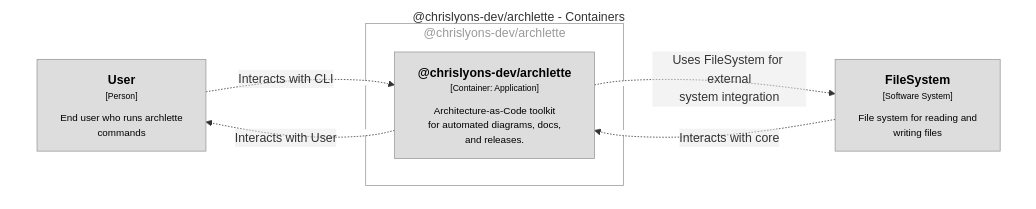
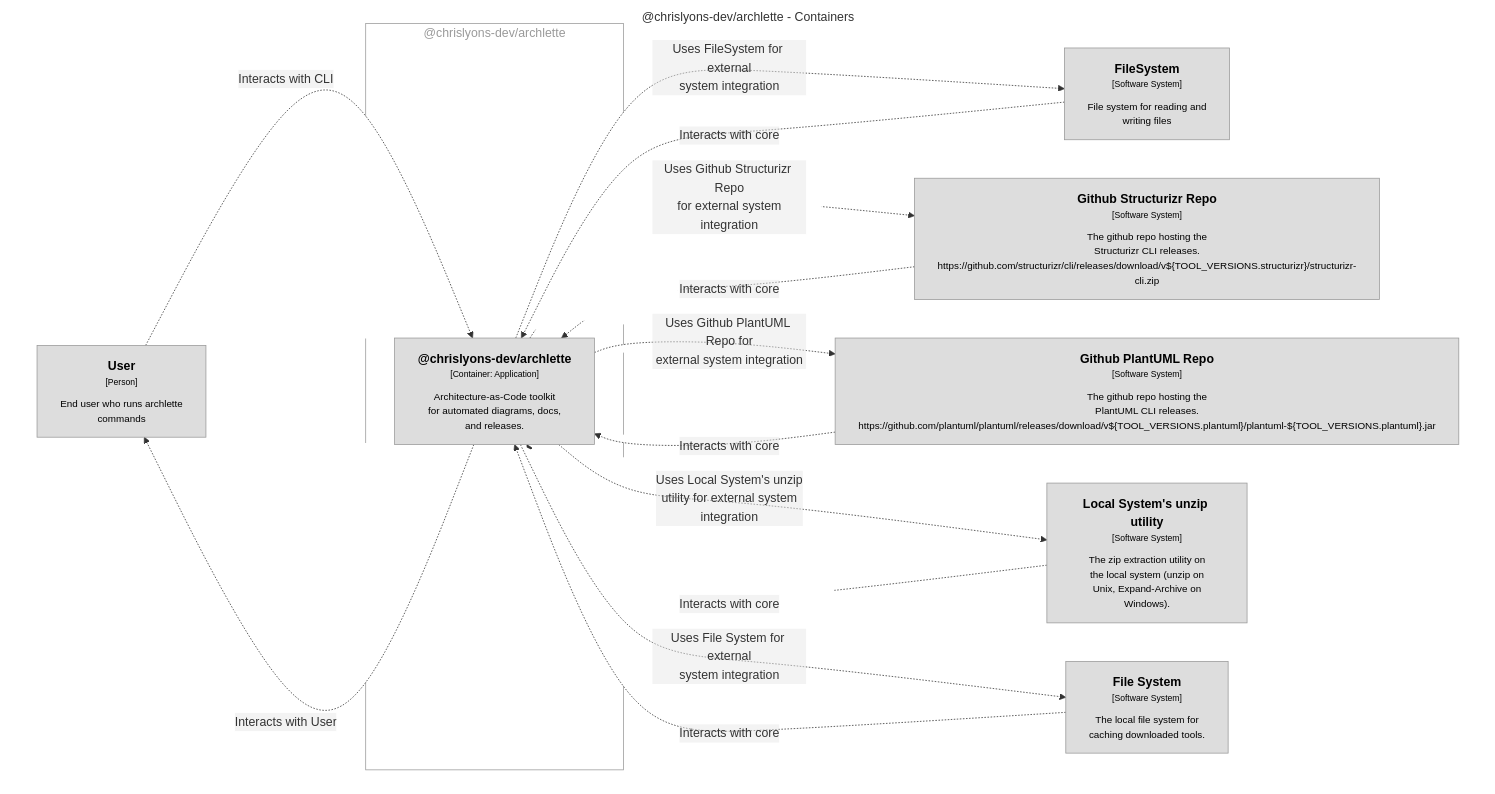
The diagram in docs/architecture/diagrams/mermaid/structurizr-Containers.mmd (chrislyons-dev/archlette), drawn with Mermaid before and after one commit. The commit also changed 32 other files, not shown here.

First line of the commit message:
chore: cleanup archlette code comments, enhance de-duplication logic

```diff
--- a/docs/architecture/diagrams/mermaid/structurizr-Containers.mmd
+++ b/docs/architecture/diagrams/mermaid/structurizr-Containers.mmd
@@ -1,23 +1,39 @@
 graph TB
   linkStyle default fill:#ffffff
 
   subgraph diagram ["@chrislyons-dev/archlette - Containers"]
     style diagram fill:#ffffff,stroke:#ffffff
 
     1["<div style='font-weight: bold'>User</div><div style='font-size: 70%; margin-top: 0px'>[Person]</div><div style='font-size: 80%; margin-top:10px'>End user who runs archlette<br />commands</div>"]
     style 1 fill:#dddddd,stroke:#9a9a9a,color:#000000
     2["<div style='font-weight: bold'>FileSystem</div><div style='font-size: 70%; margin-top: 0px'>[Software System]</div><div style='font-size: 80%; margin-top:10px'>File system for reading and<br />writing files</div>"]
     style 2 fill:#dddddd,stroke:#9a9a9a,color:#000000
+    3["<div style='font-weight: bold'>Github Structurizr Repo</div><div style='font-size: 70%; margin-top: 0px'>[Software System]</div><div style='font-size: 80%; margin-top:10px'>The github repo hosting the<br />Structurizr CLI releases.<br />https://github.com/structurizr/cli/releases/download/v${TOOL_VERSIONS.structurizr}/structurizr-cli.zip</div>"]
+    style 3 fill:#dddddd,stroke:#9a9a9a,color:#000000
+    4["<div style='font-weight: bold'>Github PlantUML Repo</div><div style='font-size: 70%; margin-top: 0px'>[Software System]</div><div style='font-size: 80%; margin-top:10px'>The github repo hosting the<br />PlantUML CLI releases.<br />https://github.com/plantuml/plantuml/releases/download/v${TOOL_VERSIONS.plantuml}/plantuml-${TOOL_VERSIONS.plantuml}.jar</div>"]
+    style 4 fill:#dddddd,stroke:#9a9a9a,color:#000000
+    5["<div style='font-weight: bold'>Local System's unzip utility</div><div style='font-size: 70%; margin-top: 0px'>[Software System]</div><div style='font-size: 80%; margin-top:10px'>The zip extraction utility on<br />the local system (unzip on<br />Unix, Expand-Archive on<br />Windows).</div>"]
+    style 5 fill:#dddddd,stroke:#9a9a9a,color:#000000
+    6["<div style='font-weight: bold'>File System</div><div style='font-size: 70%; margin-top: 0px'>[Software System]</div><div style='font-size: 80%; margin-top:10px'>The local file system for<br />caching downloaded tools.</div>"]
+    style 6 fill:#dddddd,stroke:#9a9a9a,color:#000000
 
-    subgraph 3 ["@chrislyons-dev/archlette"]
-      style 3 fill:#ffffff,stroke:#9a9a9a,color:#9a9a9a
+    subgraph 7 ["@chrislyons-dev/archlette"]
+      style 7 fill:#ffffff,stroke:#9a9a9a,color:#9a9a9a
 
-      4["<div style='font-weight: bold'>@chrislyons-dev/archlette</div><div style='font-size: 70%; margin-top: 0px'>[Container: Application]</div><div style='font-size: 80%; margin-top:10px'>Architecture-as-Code toolkit<br />for automated diagrams, docs,<br />and releases.</div>"]
-      style 4 fill:#dddddd,stroke:#9a9a9a,color:#000000
+      8["<div style='font-weight: bold'>@chrislyons-dev/archlette</div><div style='font-size: 70%; margin-top: 0px'>[Container: Application]</div><div style='font-size: 80%; margin-top:10px'>Architecture-as-Code toolkit<br />for automated diagrams, docs,<br />and releases.</div>"]
+      style 8 fill:#dddddd,stroke:#9a9a9a,color:#000000
     end
 
-    4-. "<div>Uses FileSystem for external<br />system integration</div><div style='font-size: 70%'></div>" .->2
-    1-. "<div>Interacts with CLI</div><div style='font-size: 70%'></div>" .->4
-    2-. "<div>Interacts with core</div><div style='font-size: 70%'></div>" .->4
-    4-. "<div>Interacts with User</div><div style='font-size: 70%'></div>" .->1
+    3-. "<div>Interacts with core</div><div style='font-size: 70%'></div>" .->8
+    4-. "<div>Interacts with core</div><div style='font-size: 70%'></div>" .->8
+    5-. "<div>Interacts with core</div><div style='font-size: 70%'></div>" .->8
+    6-. "<div>Interacts with core</div><div style='font-size: 70%'></div>" .->8
+    8-. "<div>Interacts with User</div><div style='font-size: 70%'></div>" .->1
+    8-. "<div>Uses FileSystem for external<br />system integration</div><div style='font-size: 70%'></div>" .->2
+    8-. "<div>Uses Github Structurizr Repo<br />for external system<br />integration</div><div style='font-size: 70%'></div>" .->3
+    8-. "<div>Uses Github PlantUML Repo for<br />external system integration</div><div style='font-size: 70%'></div>" .->4
+    8-. "<div>Uses Local System's unzip<br />utility for external system<br />integration</div><div style='font-size: 70%'></div>" .->5
+    8-. "<div>Uses File System for external<br />system integration</div><div style='font-size: 70%'></div>" .->6
+    1-. "<div>Interacts with CLI</div><div style='font-size: 70%'></div>" .->8
+    2-. "<div>Interacts with core</div><div style='font-size: 70%'></div>" .->8
   end
```
